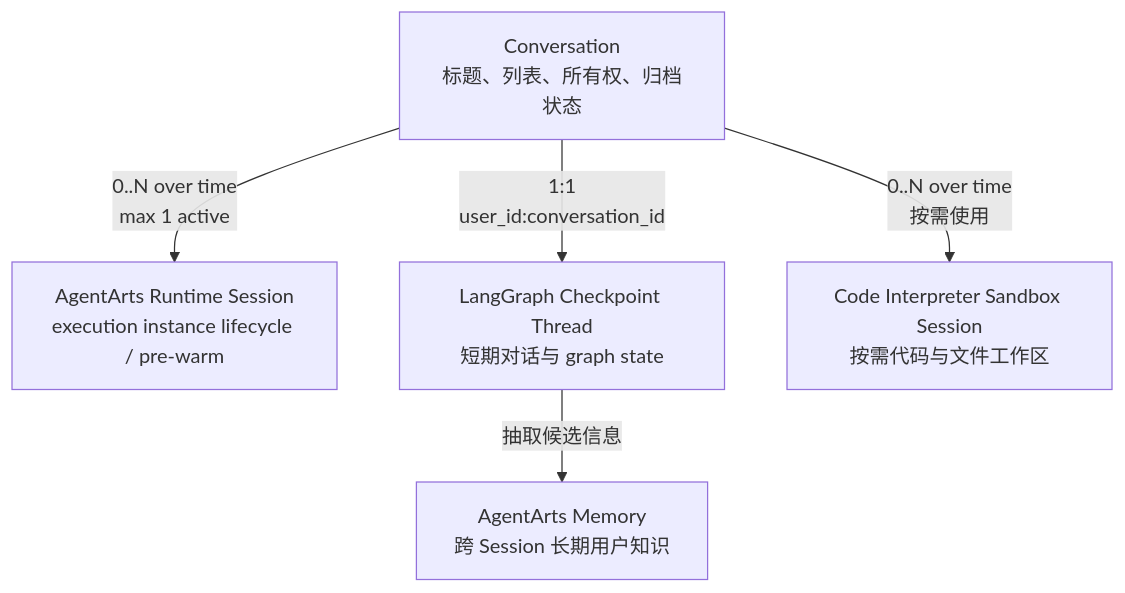
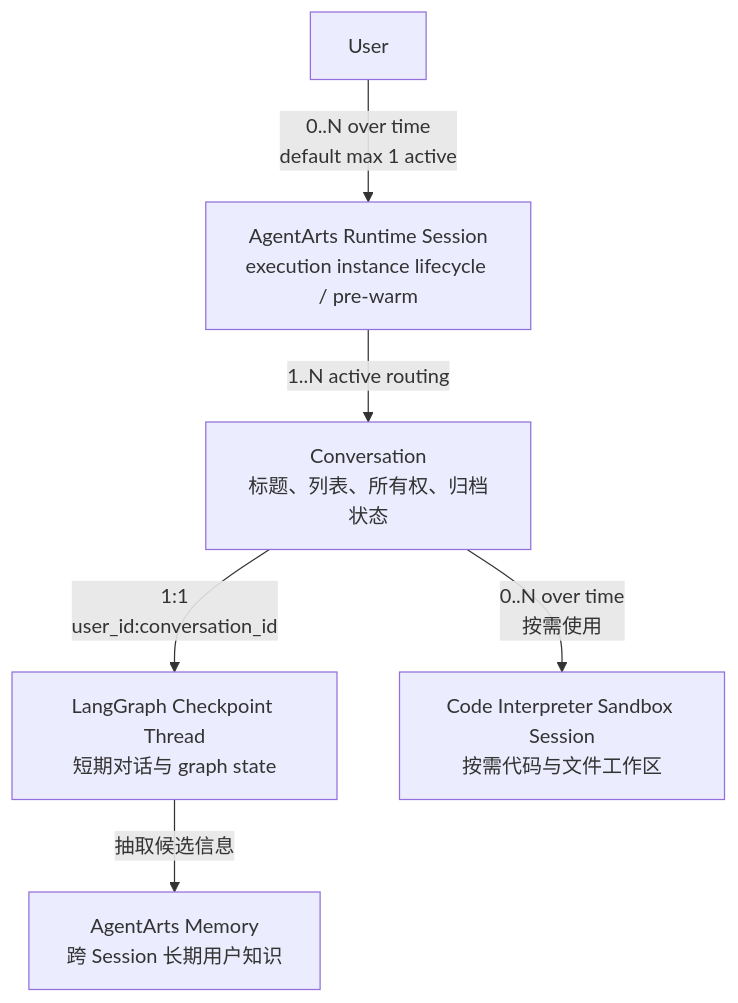
One commit to T-1009/personal-assistant changed the third of 7 diagrams in personal-assistant-meta/issues/features/backlog/feature-14-multi-session-runtime-prewarm/issue.md. Above: the diagram before and after it, drawn with Mermaid. The commit also changed other lines of this file and 18 other files, not shown here.

````diff
--- a/personal-assistant-meta/issues/features/backlog/feature-14-multi-session-runtime-prewarm/issue.md
+++ b/personal-assistant-meta/issues/features/backlog/feature-14-multi-session-runtime-prewarm/issue.md
@@ -213,13 +235,14 @@
 ```mermaid
 flowchart TB
     Conversation["Conversation<br/>标题、列表、所有权、归档状态"]
     Runtime["AgentArts Runtime Session<br/>execution instance lifecycle / pre-warm"]
     Thread["LangGraph Checkpoint Thread<br/>短期对话与 graph state"]
     Sandbox["Code Interpreter Sandbox Session<br/>按需代码与文件工作区"]
     Memory["AgentArts Memory<br/>跨 Session 长期用户知识"]
 
     Conversation -->|"1:1<br/>user_id:conversation_id"| Thread
-    Conversation -->|"0..N over time<br/>max 1 active"| Runtime
+    User["User"] -->|"0..N over time<br/>default max 1 active"| Runtime
+    Runtime -->|"1..N active routing"| Conversation
     Conversation -->|"0..N over time<br/>按需使用"| Sandbox
     Thread -->|"抽取候选信息"| Memory
 ```
````
